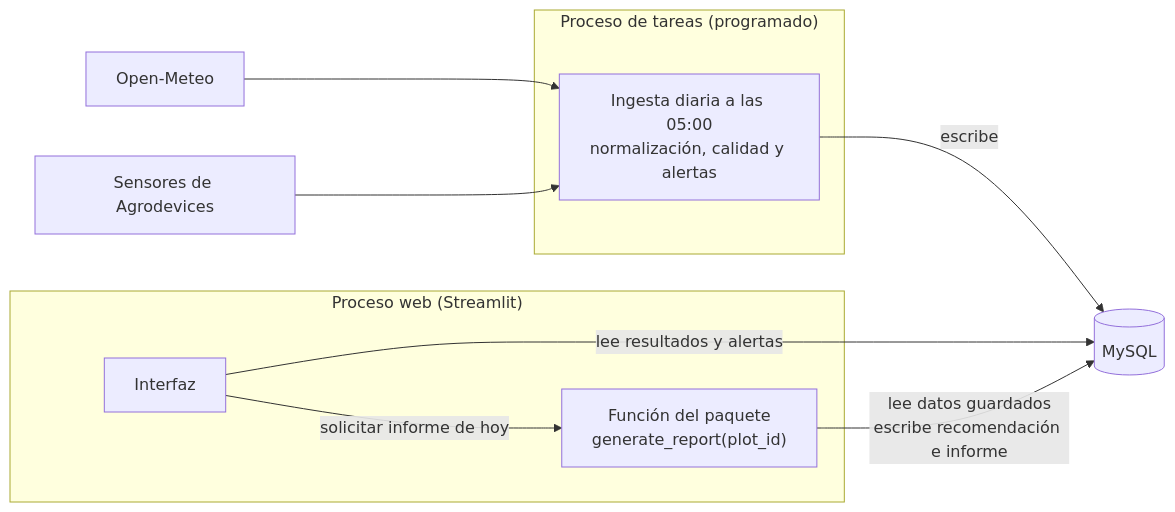
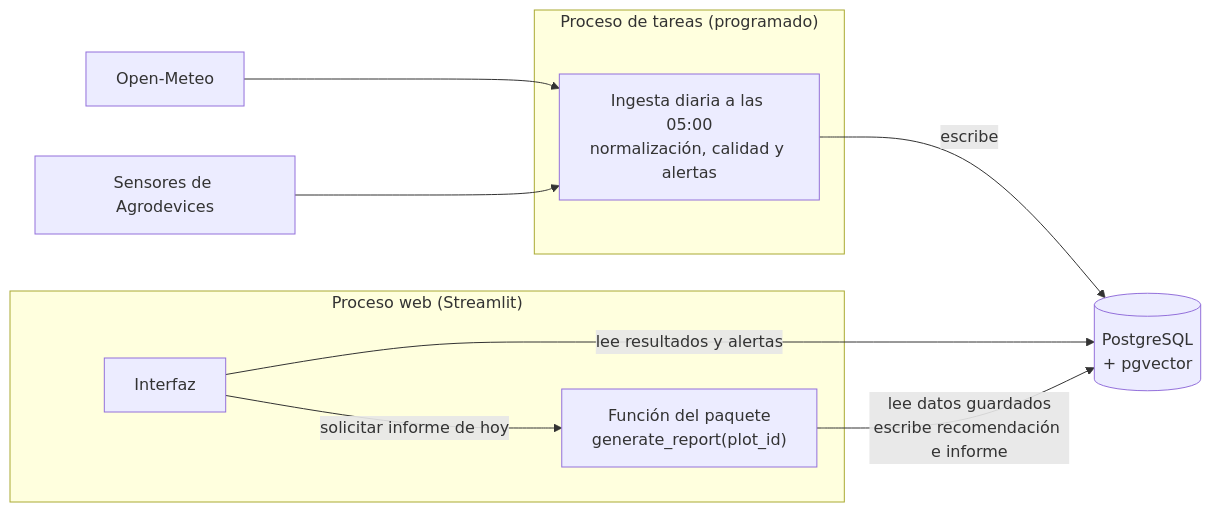
Before and after one commit to LaiaRomera/irrigation-app: the first of 2 diagrams in docs/arquitectura.md, drawn with Mermaid. The commit also changed other lines of this file and 11 other files, not shown here.

First line of the commit message:
Migrate database from MySQL to PostgreSQL with pgvector

````diff
--- a/docs/arquitectura.md
+++ b/docs/arquitectura.md
@@ -30,20 +30,20 @@
 ```mermaid
 flowchart LR
     OM["Open-Meteo"] --> T
     SE["Sensores de Agrodevices"] --> T
 
     subgraph PT["Proceso de tareas (programado)"]
         T["Ingesta diaria a las 05:00<br/>normalización, calidad y alertas"]
     end
 
-    T -->|escribe| DB[("MySQL")]
+    T -->|escribe| DB[("PostgreSQL<br/>+ pgvector")]
 
     subgraph PW["Proceso web (Streamlit)"]
         W["Interfaz"]
         G["Función del paquete<br/>generate_report(plot_id)"]
     end
 
     W -->|lee resultados y alertas| DB
     W -->|solicitar informe de hoy| G
     G -->|lee datos guardados<br/>escribe recomendación e informe| DB
 ```
````
